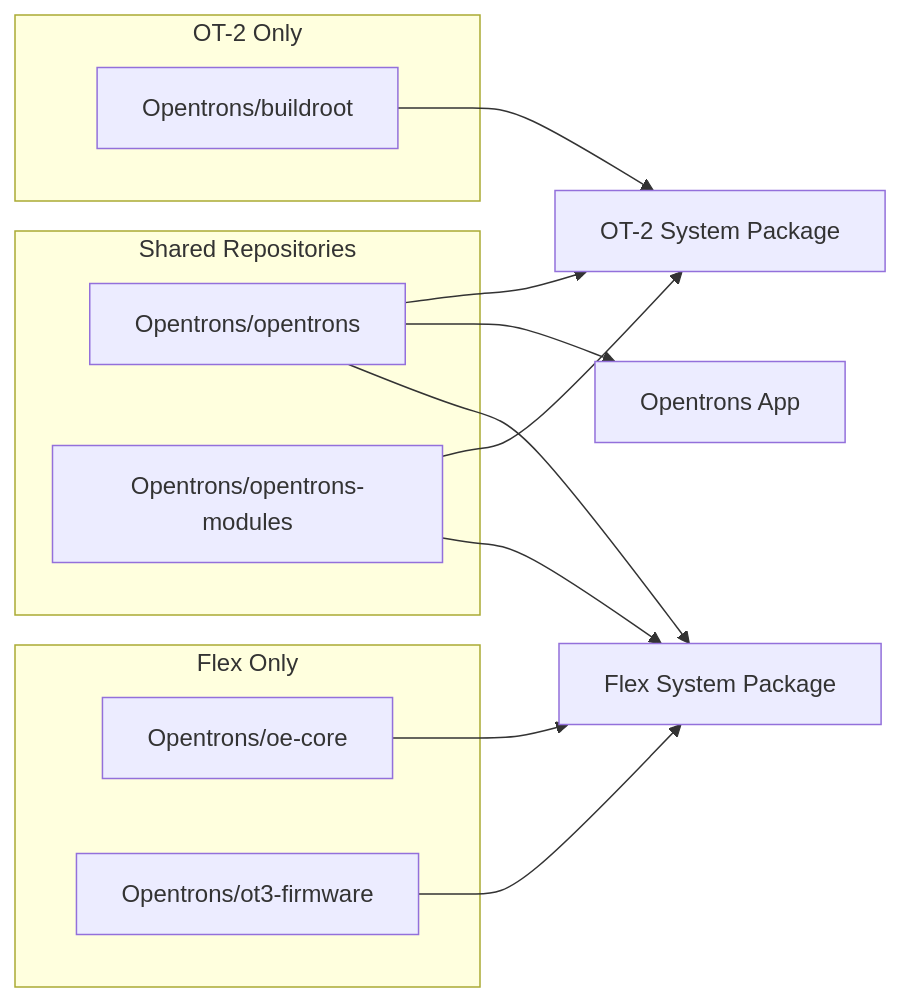
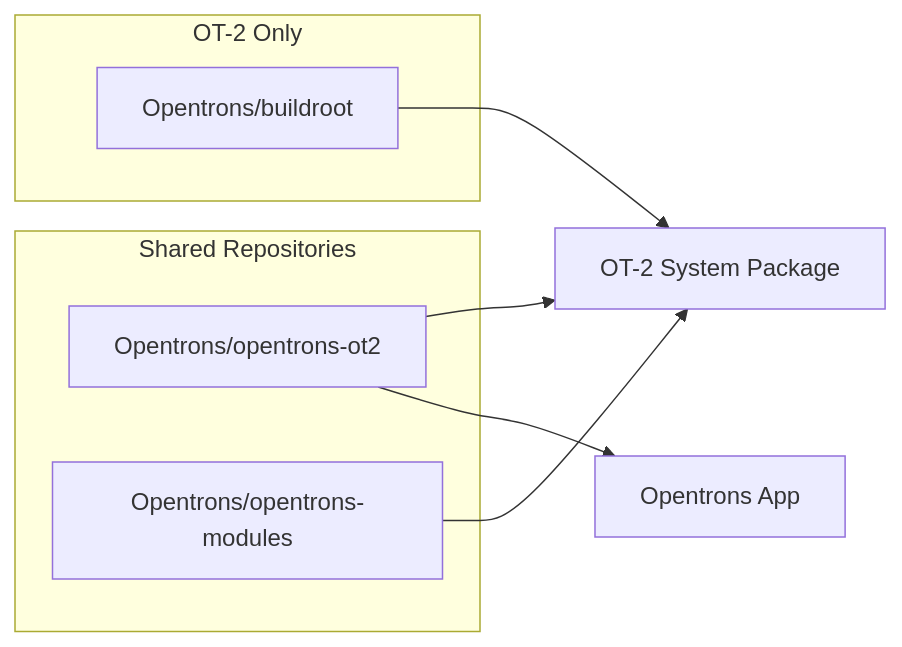
The diagram in RELEASING.md (Opentrons/opentrons), drawn with Mermaid before and after one commit. The commit also changed other lines of this file and 21 other files, not shown here.

````diff
--- a/RELEASING.md
+++ b/RELEASING.md
@@ -23,30 +21,19 @@
 ```mermaid
 flowchart LR
     subgraph Shared ["Shared Repositories"]
-    opentrons["Opentrons/opentrons" ]
+    opentrons["Opentrons/opentrons-ot2" ]
     opentrons_modules["Opentrons/opentrons-modules" ]
-    end
-
-    subgraph Flex ["Flex Only"]
-    oe_core["Opentrons/oe-core"]
-    ot3_firmware["Opentrons/ot3-firmware" ]
     end
 
     subgraph OT2 ["OT-2 Only"]
     buildroot["Opentrons/buildroot" ]
     end
 
     OT2Build["OT-2 System Package"]
     opentrons --> OT2Build
     buildroot --> OT2Build
 
    App["Opentrons App"]
     opentrons --> App
-
-    FlexBuild["Flex System Package"]
-    opentrons --> FlexBuild
-    oe_core --> FlexBuild
-    ot3_firmware --> FlexBuild
     opentrons_modules --> OT2Build
-    opentrons_modules --> FlexBuild
 ```
````
